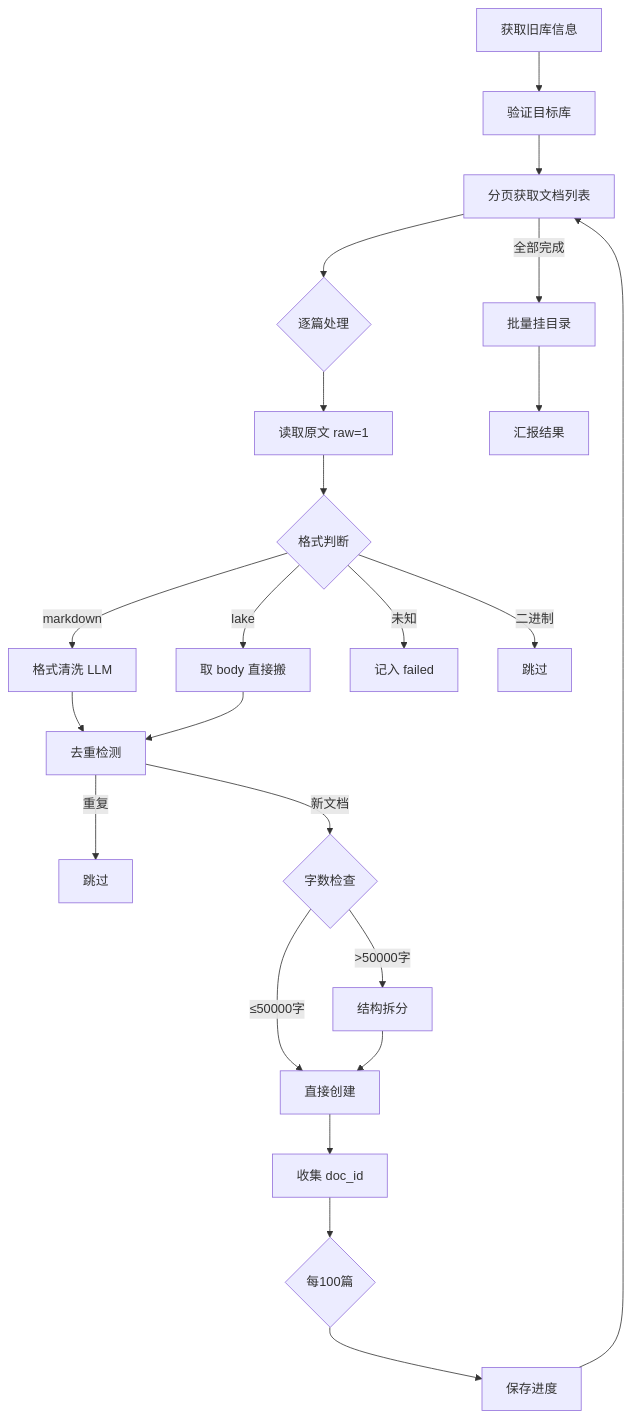
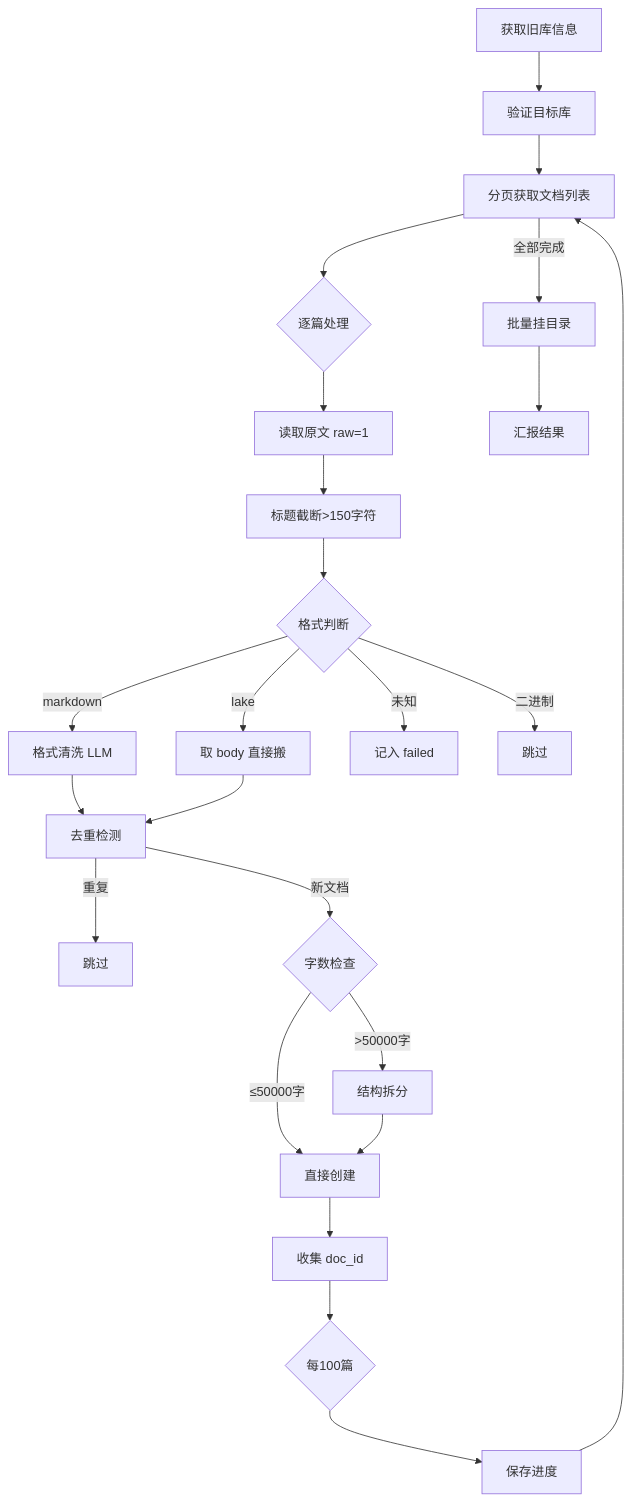
The diagram in README.md (yehuoshun/yuque-migration-skill), drawn with Mermaid before and after one commit. The commit also changed other lines of this file and 1 other file, not shown here.

````diff
--- a/README.md
+++ b/README.md
@@ -63,25 +64,26 @@
 ```mermaid
 flowchart TD
     A[获取旧库信息] --> B[验证目标库]
     B --> C[分页获取文档列表]
     C --> D{逐篇处理}
     D --> E[读取原文 raw=1]
-    E --> F{格式判断}
+    E --> E2[标题截断>150字符]
+    E2 --> F{格式判断}
     F -->|markdown| G[格式清洗 LLM]
     F -->|lake| H[取 body 直接搬]
     F -->|未知| I[记入 failed]
     F -->|二进制| J[跳过]
     G --> K[去重检测]
     H --> K
     K -->|重复| L[跳过]
     K -->|新文档| M{字数检查}
     M -->|>50000字| N[结构拆分]
     M -->|≤50000字| O[直接创建]
     N --> O
     O --> P[收集 doc_id]
     P --> Q{每100篇}
     Q --> R[保存进度]
     R --> C
     C -->|全部完成| S[批量挂目录]
     S --> T[汇报结果]
 ```
````
